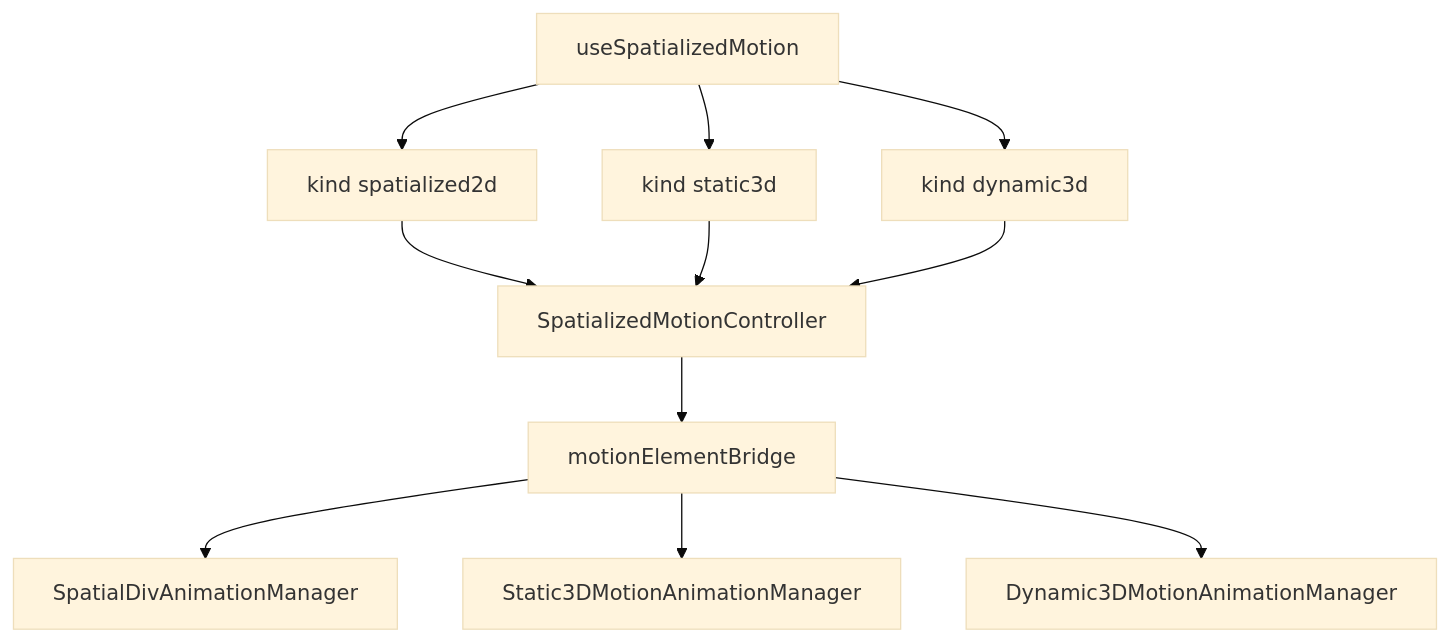
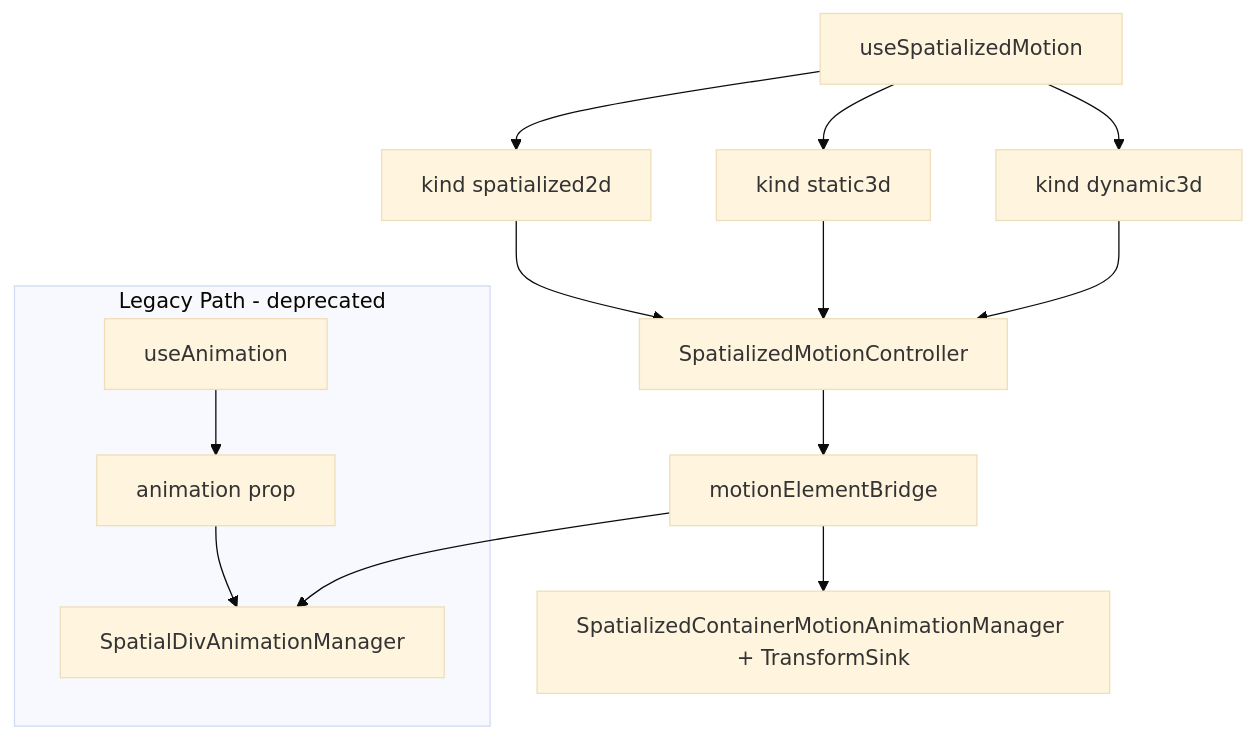
One commit to webspatial/webspatial-sdk changed the diagram in openspec/changes/spatialized-element-motion-api/design.md. Above: the diagram before and after it, drawn with Mermaid (base theme). The commit also changed other lines of this file and 46 other files, not shown here.

First line of the commit message:
spec: merge Plan A + Plan B into unified spatialized-element-motion-api

````diff
--- a/openspec/changes/spatialized-element-motion-api/design.md
+++ b/openspec/changes/spatialized-element-motion-api/design.md
@@ -16,14 +42,18 @@
 ```mermaid
 flowchart TB
   Hook[useSpatializedMotion]
   Hook --> K2D[kind spatialized2d]
   Hook --> K3D[kind static3d]
   Hook --> KD3[kind dynamic3d]
   K2D --> Core[SpatializedMotionController]
   K3D --> Core
   KD3 --> Core
   Core --> Bridge[motionElementBridge]
   Bridge --> N2D[SpatialDivAnimationManager]
-  Bridge --> N3D[Static3DMotionAnimationManager]
-  Bridge --> ND3[Dynamic3DMotionAnimationManager]
+  Bridge --> N3D[SpatializedContainerMotionAnimationManager + TransformSink]
+  
+  subgraph Legacy[Legacy Path - deprecated]
+    LegacyHook[useAnimation] --> LegacyBinding[animation prop]
+    LegacyBinding --> N2D
+  end
 ```
````
